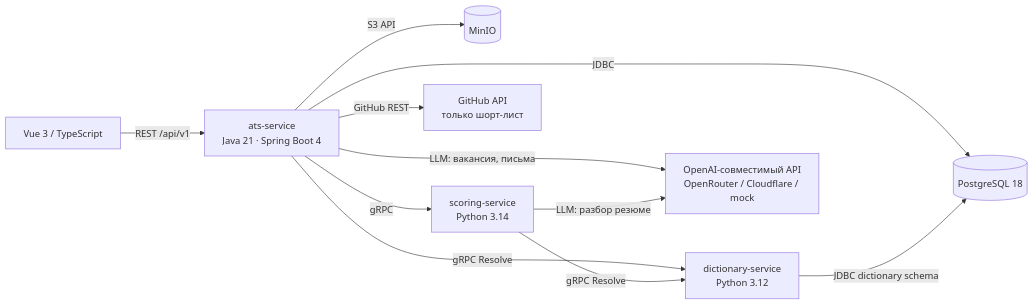
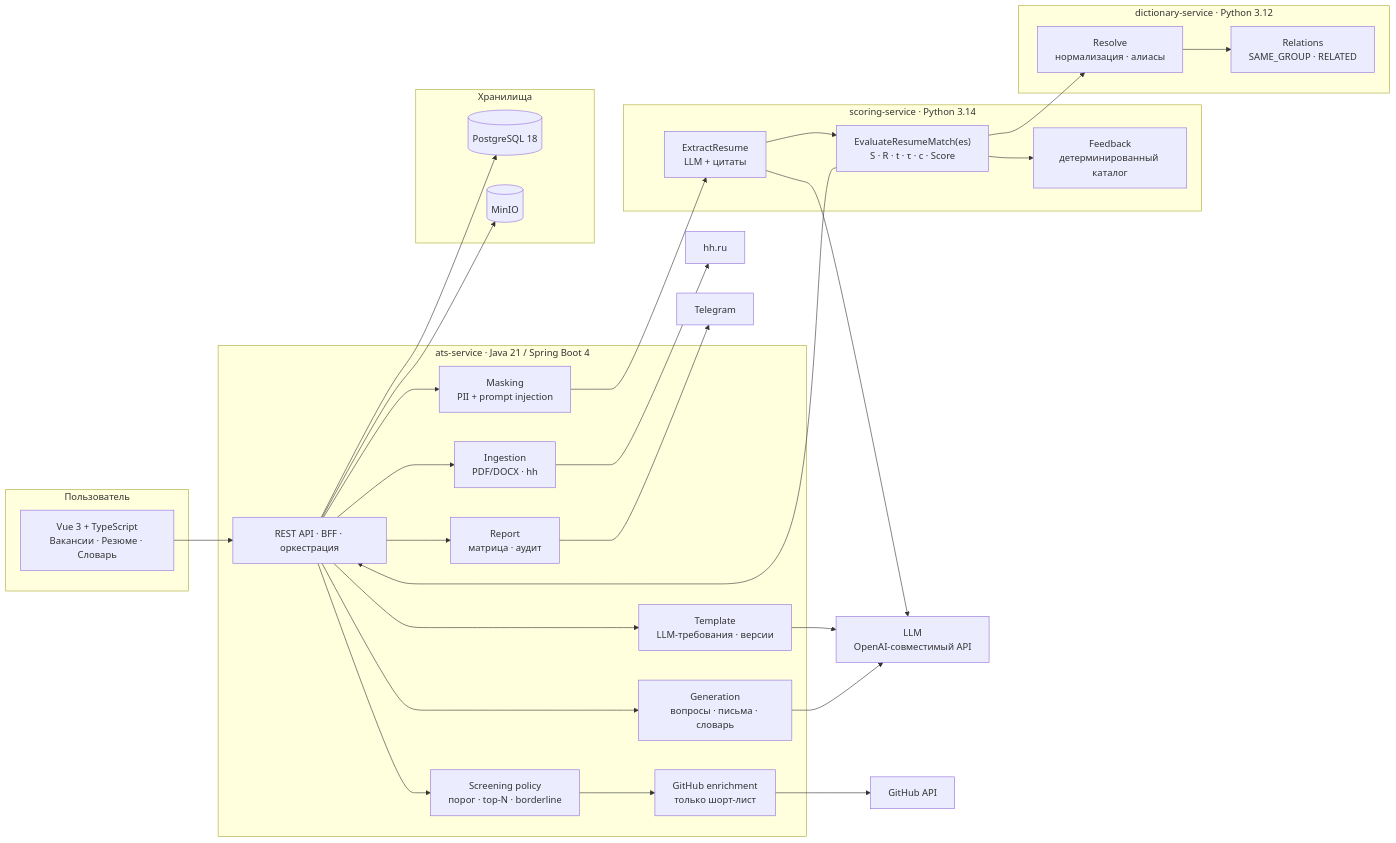
One commit to MiZentUi/tracing_ats changed the second of 2 diagrams in README.md. Above: the diagram before and after it, drawn with Mermaid. The commit also changed other lines of this file, not shown here.

````diff
--- a/README.md
+++ b/README.md
@@ -133,13 +574,61 @@
 ```mermaid
 flowchart LR
-    UI["Vue 3 / TypeScript"] -->|REST /api/v1| ATS["ats-service<br/>Java 21 · Spring Boot 4"]
-    ATS -->|JDBC| PG[("PostgreSQL 18")]
-    ATS -->|S3 API| S3[("MinIO")]
-    ATS -->|gRPC| SC["scoring-service<br/>Python 3.14"]
-    ATS -->|gRPC Resolve| DICT["dictionary-service<br/>Python 3.12"]
-    SC -->|gRPC Resolve| DICT
-    ATS -->|LLM: вакансия, письма| LLM["OpenAI-совместимый API<br/>OpenRouter / Cloudflare / mock"]
-    SC -->|LLM: разбор резюме| LLM
-    ATS -->|GitHub REST| GH["GitHub API<br/>только шорт-лист"]
-    DICT -->|JDBC dictionary schema| PG
+    subgraph U["Пользователь"]
+        WEB["Vue 3 + TypeScript<br/>Вакансии · Резюме · Словарь"]
+    end
+
+    subgraph J["ats-service · Java 21 / Spring Boot 4"]
+        API["REST API · BFF · оркестрация"]
+        ING["Ingestion<br/>PDF/DOCX · hh"]
+        MASK["Masking<br/>PII + prompt injection"]
+        TPL["Template<br/>LLM-требования · версии"]
+        GEN["Generation<br/>вопросы · письма · словарь"]
+        POL["Screening policy<br/>порог · top-N · borderline"]
+        GH["GitHub enrichment<br/>только шорт-лист"]
+        REP["Report<br/>матрица · аудит"]
+    end
+
+    subgraph P["scoring-service · Python 3.14"]
+        EXT["ExtractResume<br/>LLM + цитаты"]
+        MATCH["EvaluateResumeMatch(es)<br/>S · R · t · τ · c · Score"]
+        FB["Feedback<br/>детерминированный каталог"]
+    end
+
+    subgraph D["dictionary-service · Python 3.12"]
+        RES["Resolve<br/>нормализация · алиасы"]
+        REL["Relations<br/>SAME_GROUP · RELATED"]
+    end
+
+    subgraph S["Хранилища"]
+        PG[("PostgreSQL 18")]
+        S3[("MinIO")]
+    end
+
+    LLM["LLM<br/>OpenAI-совместимый API"]
+    HH["hh.ru"]
+    GHAPI["GitHub API"]
+    TG["Telegram"]
+
+    WEB --> API
+    API --> ING
+    API --> MASK
+    API --> TPL
+    API --> GEN
+    API --> POL
+    API --> REP
+    POL --> GH
+    GH --> GHAPI
+    ING --> HH
+    API --> PG
+    API --> S3
+    TPL --> LLM
+    GEN --> LLM
+    MASK --> EXT
+    EXT --> LLM
+    EXT --> MATCH
+    MATCH --> FB
+    MATCH --> RES
+    RES --> REL
+    MATCH --> API
+    REP --> TG
 ```
````
